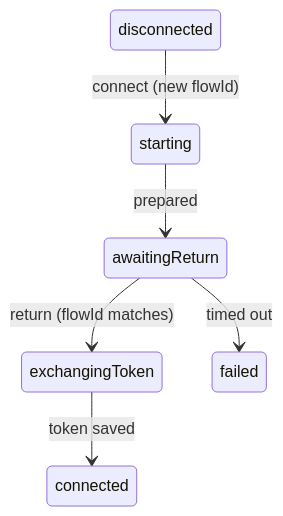
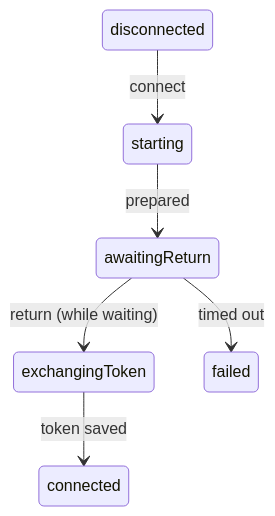
One commit to dyad-sh/dyad changed the second of 2 diagrams in docs/why-state-machines.md. Above: the diagram before and after it, drawn with Mermaid. The commit also changed other lines of this file, not shown here.

````diff
--- a/docs/why-state-machines.md
+++ b/docs/why-state-machines.md
@@ -264,8 +270,8 @@
 ```mermaid
 stateDiagram-v2
-    disconnected --> starting: connect (new flowId)
+    disconnected --> starting: connect
     starting --> awaitingReturn: prepared
-    awaitingReturn --> exchangingToken: return (flowId matches)
+    awaitingReturn --> exchangingToken: return (while waiting)
     awaitingReturn --> failed: timed out
     exchangingToken --> connected: token saved
 ```
````
